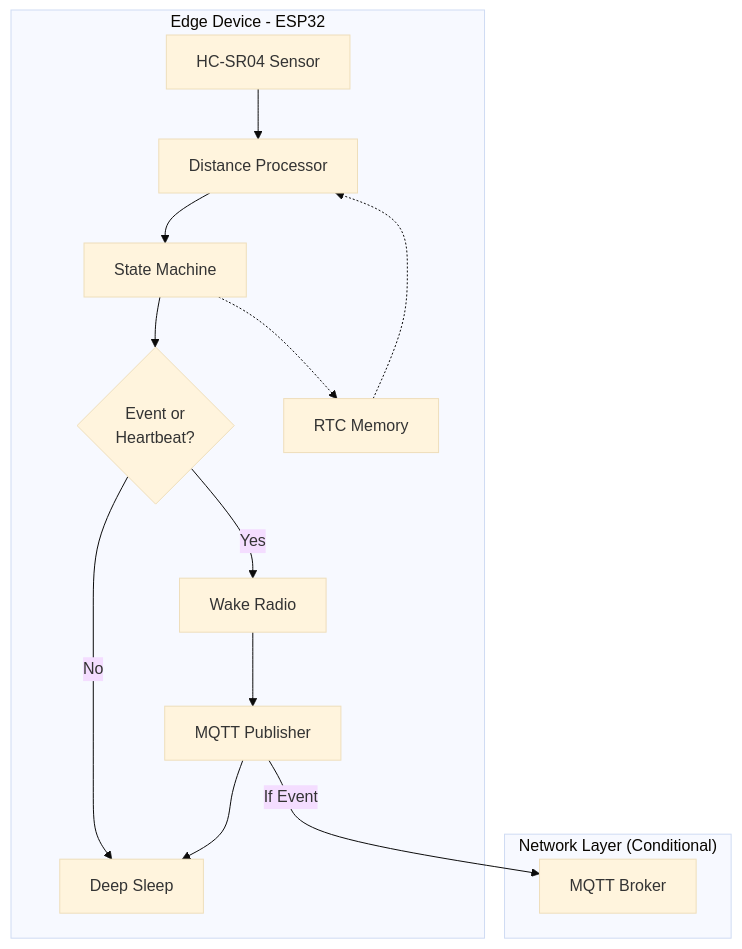
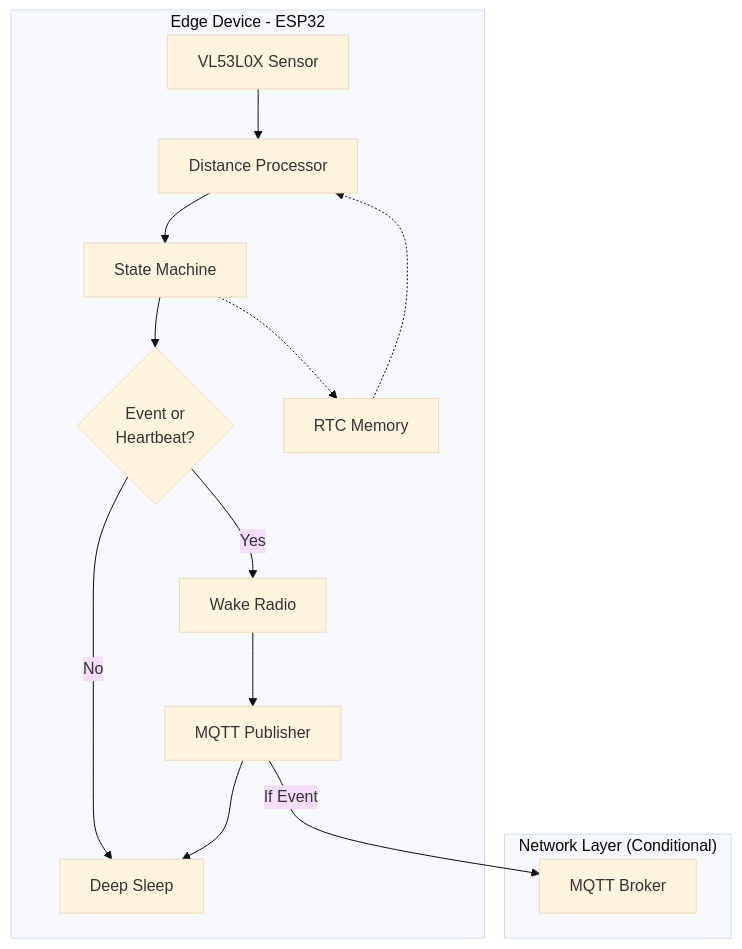
Before and after one commit to the-coding-carrot/IoT-Test: the first of 2 diagrams in README.md, drawn with Mermaid (base theme). The commit also changed other lines of this file and 7 other files, not shown here.

````diff
--- a/README.md
+++ b/README.md
@@ -105,20 +114,20 @@
 ```mermaid
 graph TB
     subgraph "Edge Device - ESP32"
-        A[HC-SR04 Sensor] --> B[Distance Processor]
+        A[VL53L0X Sensor] --> B[Distance Processor]
         B --> C[State Machine]
         C --> D{Event or<br/>Heartbeat?}
         D -->|Yes| E[Wake Radio]
         D -->|No| F[Deep Sleep]
         E --> G[MQTT Publisher]
         G --> F
         H[RTC Memory]
     end
 
     C -.-> H
     H -.-> B
 
     subgraph "Network Layer (Conditional)"
         G -->|If Event| I[MQTT Broker]
     end
 ```
````
